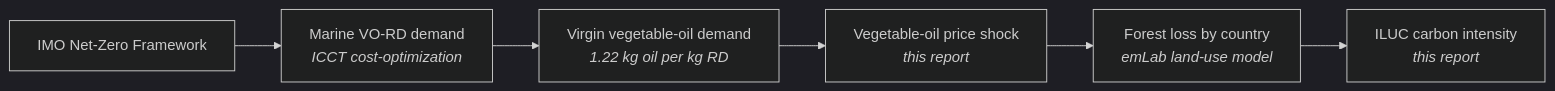
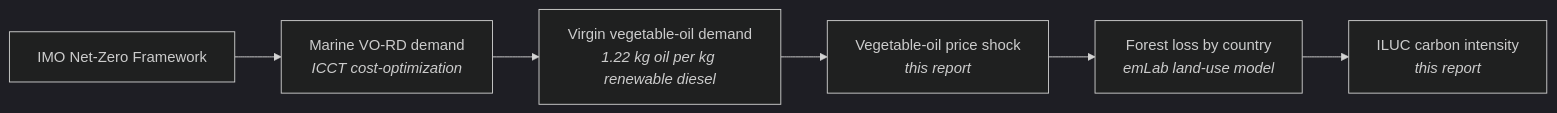
One commit to emlab-ucsb/marine-biofuel-iluc-prototype changed the diagram in report.qmd. Above: the diagram before and after it, drawn with Mermaid (dark theme). The commit also changed other lines of this file and 1 other file, not shown here.

````diff
--- a/report.qmd
+++ b/report.qmd
@@ -187,10 +187,10 @@
 ```{mermaid}
 %%| label: fig-steps
 %%| fig-cap: "From the IMO Net-Zero Framework to an ILUC carbon intensity: the steps, and who supplies each."
 flowchart LR
   A["IMO Net-Zero Framework"] --> F["Marine VO-RD demand<br/><i>ICCT cost-optimization</i>"]
-  F --> B["Virgin vegetable-oil demand<br/><i>1.22 kg oil per kg RD</i>"]
+  F --> B["Virgin vegetable-oil demand<br/><i>1.22 kg oil per kg renewable diesel</i>"]
   B --> C["Vegetable-oil price shock<br/><i>this report</i>"]
   C --> D["Forest loss by country<br/><i>emLab land-use model</i>"]
   D --> E["ILUC carbon intensity<br/><i>this report</i>"]
 ```
````
